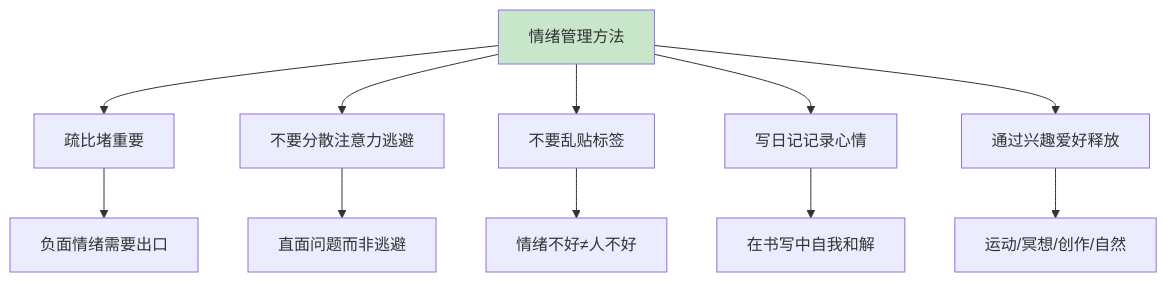
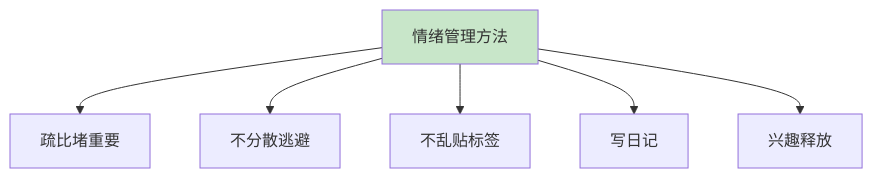
One commit to chongyang211/YCBookBlog changed the fifth of 10 diagrams in 10.打工充平常记录/10.自我精进七课/07.底层思维的训练/7.7情商能力的学习.md. Above: the diagram before and after it, drawn with Mermaid. The commit also changed other lines of this file and 55 other files, not shown here.

````diff
--- a/10.打工充平常记录/10.自我精进七课/07.底层思维的训练/7.7情商能力的学习.md
+++ b/10.打工充平常记录/10.自我精进七课/07.底层思维的训练/7.7情商能力的学习.md
@@ -198,14 +186,9 @@
 ```mermaid
 graph TD
     A[情绪管理方法] --> B[疏比堵重要]
-    A --> C[不要分散注意力逃避]
-    A --> D[不要乱贴标签]
-    A --> E[写日记记录心情]
-    A --> F[通过兴趣爱好释放]
-    B --> B1[负面情绪需要出口]
-    C --> C1[直面问题而非逃避]
-    D --> D1[情绪不好≠人不好]
-    E --> E1[在书写中自我和解]
-    F --> F1[运动/冥想/创作/自然]
+    A --> C[不分散逃避]
+    A --> D[不乱贴标签]
+    A --> E[写日记]
+    A --> F[兴趣释放]
     style A fill:#c8e6c9
 ```
````
